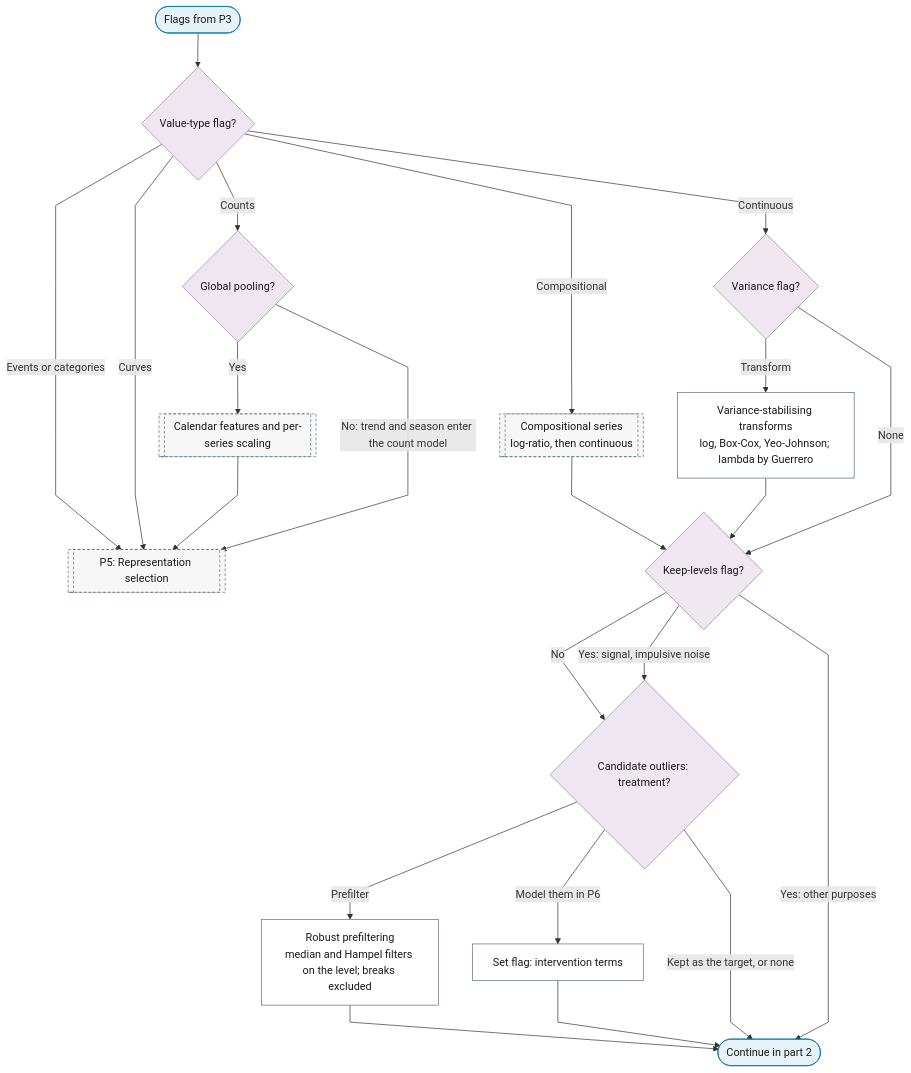
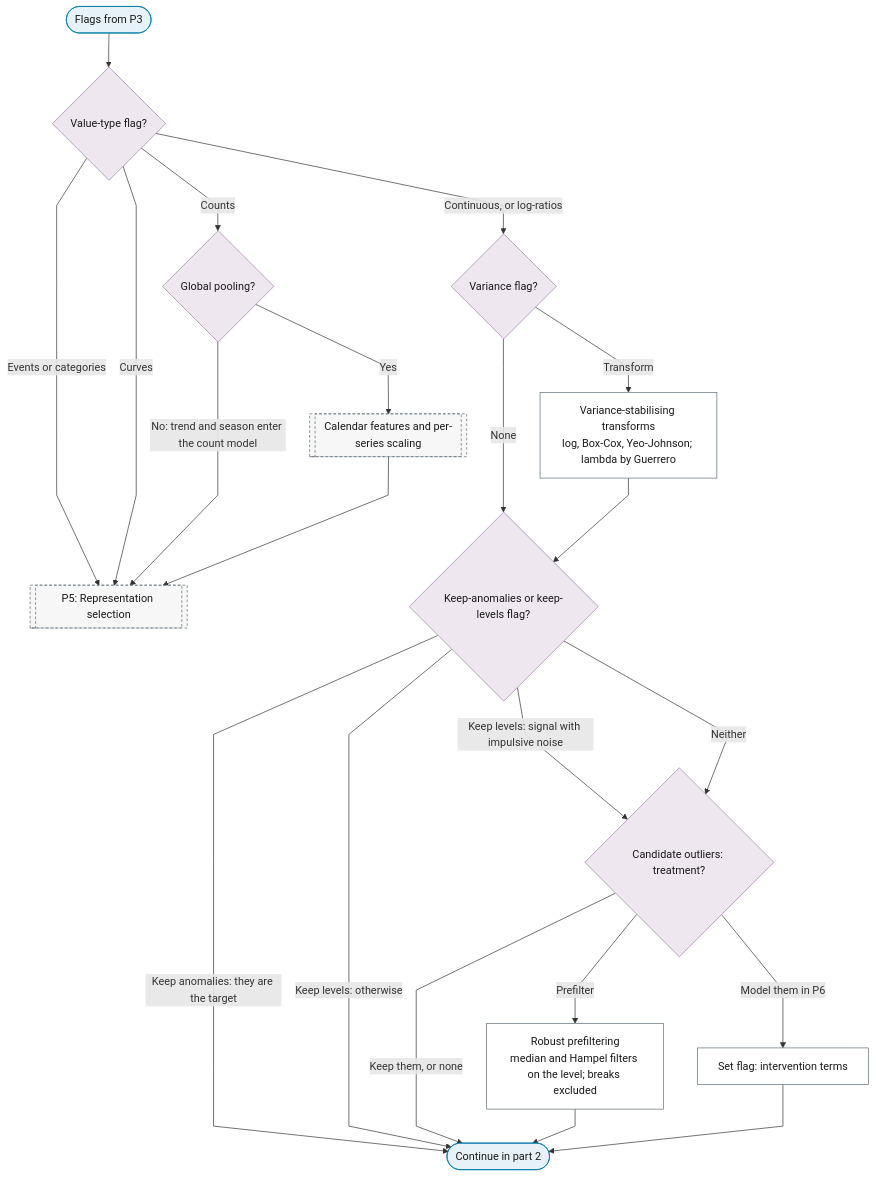
The first of 6 diagrams in docs/01-workflow/p04-transformations.md (Shuxin-Y/time-series-analysis-manual), drawn with Mermaid before and after one commit. The commit also changed other lines of this file and 14 other files, not shown here.

````diff
--- a/docs/01-workflow/p04-transformations.md
+++ b/docs/01-workflow/p04-transformations.md
@@ -11,35 +11,35 @@
 ```mermaid
 %%{init: {"flowchart": {"curve": "linear"}}}%%
 graph TD
     P4_IN(["Flags from P3"]) --> P4_TYPE{"Value-type flag?"}
     P4_TYPE -->|"Events or categories"| P5[["P5: Representation selection"]]
     P4_TYPE -->|"Curves"| P5
     P4_TYPE -->|"Counts"| P4_COUNT_POOLING{"Global pooling?"}
-    P4_TYPE -->|"Compositional"| B1_COMPOSITIONAL[["Compositional series<br/>log-ratio, then continuous"]]
-    P4_TYPE -->|"Continuous"| P4_VARIANCE{"Variance flag?"}
+    P4_TYPE -->|"Continuous, or log-ratios"| P4_VARIANCE{"Variance flag?"}
     P4_COUNT_POOLING -->|"Yes"| P4_FEATURES[["Calendar features and per-series scaling"]]
     P4_COUNT_POOLING -->|"No: trend and season enter the count model"| P5
     P4_FEATURES --> P5
     P4_VARIANCE -->|"Transform"| P4_LOG_BOXCOX["Variance-stabilising transforms<br/>log, Box-Cox, Yeo-Johnson; lambda by Guerrero"]
     P4_VARIANCE -->|"None"| P4_OUTLIER_GATE
-    B1_COMPOSITIONAL & P4_LOG_BOXCOX --> P4_OUTLIER_GATE{"Keep-levels flag?"}
-    P4_OUTLIER_GATE -->|"No"| P4_OUTLIERS{"Candidate outliers: treatment?"}
-    P4_OUTLIER_GATE -->|"Yes: signal, impulsive noise"| P4_OUTLIERS
-    P4_OUTLIER_GATE -->|"Yes: other purposes"| P4_TO_PART_2
+    P4_LOG_BOXCOX --> P4_OUTLIER_GATE{"Keep-anomalies or keep-levels flag?"}
+    P4_OUTLIER_GATE -->|"Keep anomalies: they are the target"| P4_TO_PART_2
+    P4_OUTLIER_GATE -->|"Keep levels: signal with impulsive noise"| P4_OUTLIERS{"Candidate outliers: treatment?"}
+    P4_OUTLIER_GATE -->|"Keep levels: otherwise"| P4_TO_PART_2
+    P4_OUTLIER_GATE -->|"Neither"| P4_OUTLIERS
     P4_OUTLIERS -->|"Prefilter"| P4_ROBUST_PREFILTER["Robust prefiltering<br/>median and Hampel filters on the level; breaks excluded"]
     P4_OUTLIERS -->|"Model them in P6"| P4_INTERVENTION_FLAG["Set flag: intervention terms"]
-    P4_OUTLIERS -->|"Kept as the target, or none"| P4_TO_PART_2
+    P4_OUTLIERS -->|"Keep them, or none"| P4_TO_PART_2
     P4_ROBUST_PREFILTER & P4_INTERVENTION_FLAG --> P4_TO_PART_2(["Continue in part 2"])
     class P4_IN,P4_TO_PART_2 terminator
     class P4_TYPE,P4_COUNT_POOLING,P4_VARIANCE,P4_OUTLIER_GATE,P4_OUTLIERS decision
     class P4_LOG_BOXCOX,P4_ROBUST_PREFILTER,P4_INTERVENTION_FLAG process
-    class P5,P4_FEATURES,B1_COMPOSITIONAL ref
+    class P5,P4_FEATURES ref
     classDef terminator fill:#E6F2F7,stroke:#007BA7,color:#1A1A1A;
     classDef process fill:#FFFFFF,stroke:#5A6B73,color:#1A1A1A;
     classDef decision fill:#EFE7F0,stroke:#9B7FA7,color:#1A1A1A;
     classDef data fill:#FFF4E0,stroke:#C9A55E,color:#1A1A1A;
     classDef good fill:#DCEFD8,stroke:#4A7A3F,color:#1A1A1A;
     classDef escalate fill:#FFE9C2,stroke:#C9A55E,color:#1A1A1A;
     classDef problem fill:#F2D9DE,stroke:#800020,color:#1A1A1A;
     classDef ref fill:#F7F7F7,stroke:#5A6B73,color:#1A1A1A,stroke-dasharray:4 3;
 ```
````
